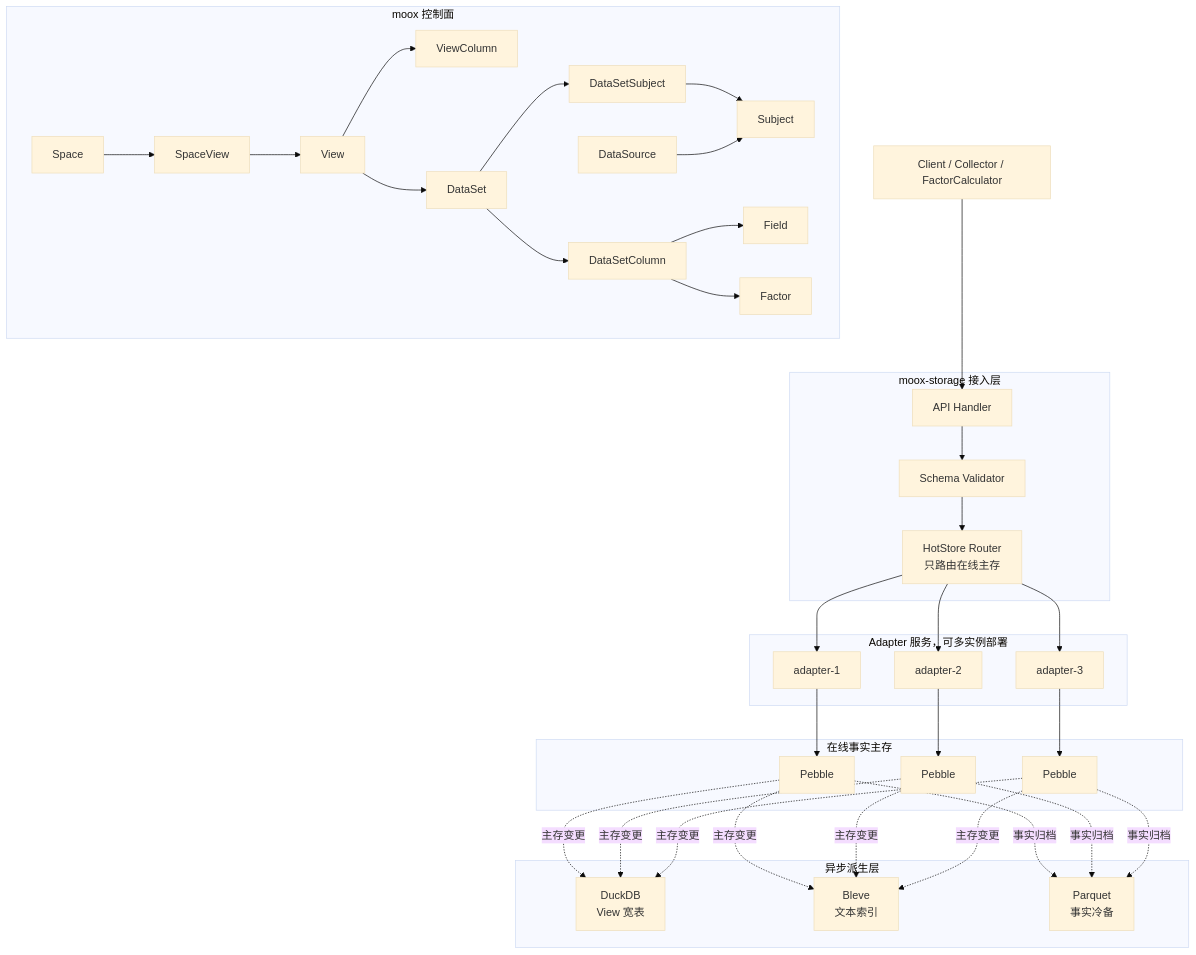
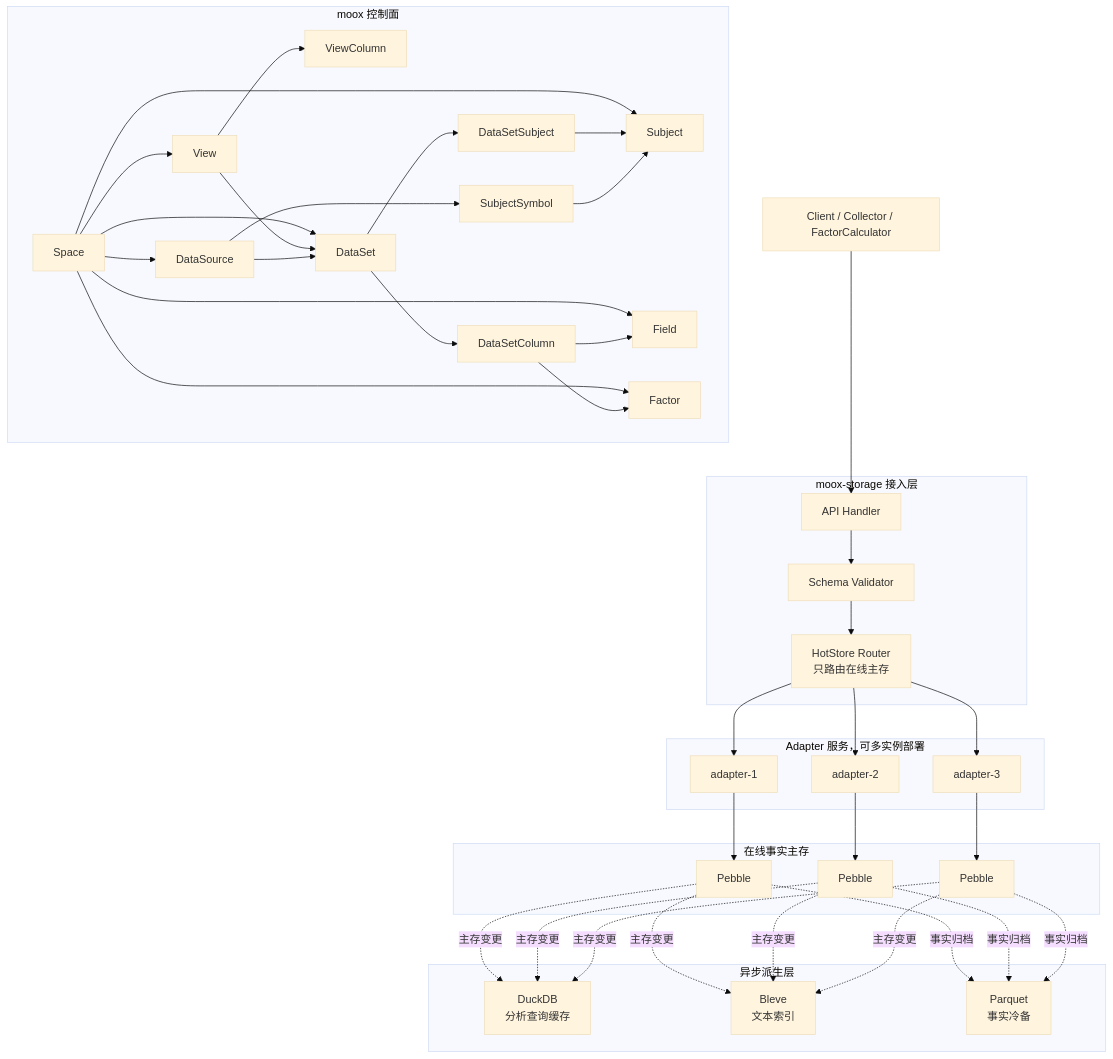
Before and after one commit to mooyang-code/moox: the first of 3 diagrams in docs/storage-target-architecture-and-metadata.md, drawn with Mermaid (base theme). The commit also changed other lines of this file and 33 other files, not shown here.

````diff
--- a/docs/storage-target-architecture-and-metadata.md
+++ b/docs/storage-target-architecture-and-metadata.md
@@ -27,67 +31,73 @@
 ```mermaid
 flowchart TD
     C["Client / Collector / FactorCalculator"]
 
     subgraph Control["moox 控制面"]
         SP["Space"]
-        SV["SpaceView"]
         Vw["View"]
         VC["ViewColumn"]
         DS["DataSet"]
         DSB["DataSetSubject"]
         DC["DataSetColumn"]
         F["Field"]
         FA["Factor"]
         SRC["DataSource"]
         S["Subject"]
+        SA["SubjectSymbol"]
     end
 
     subgraph Access["moox-storage 接入层"]
         API["API Handler"]
         VAL["Schema Validator"]
         R["HotStore Router<br/>只路由在线主存"]
     end
 
     subgraph Adapter["Adapter 服务，可多实例部署"]
         A1["adapter-1"]
         A2["adapter-2"]
         A3["adapter-3"]
     end
 
     subgraph Primary["在线事实主存"]
         P1["Pebble"]
         P2["Pebble"]
         P3["Pebble"]
     end
 
     subgraph Derived["异步派生层"]
-        D["DuckDB<br/>View 宽表"]
+        D["DuckDB<br/>分析查询缓存"]
         B["Bleve<br/>文本索引"]
         P["Parquet<br/>事实冷备"]
     end
 
     C --> API --> VAL --> R
-    SP --> SV --> Vw --> VC
+    SP --> Vw --> VC
+    SP --> SRC
+    SP --> S
+    SP --> DS
+    SP --> F
+    SP --> FA
     Vw --> DS
     DS --> DSB --> S
     DS --> DC
     DC --> F
     DC --> FA
-    SRC --> S
+    SRC --> DS
+    SRC --> SA --> S
 
     R --> A1 --> P1
     R --> A2 --> P2
     R --> A3 --> P3
 
     P1 -. "主存变更" .-> D
     P2 -. "主存变更" .-> D
     P3 -. "主存变更" .-> D
 
     P1 -. "主存变更" .-> B
     P2 -. "主存变更" .-> B
     P3 -. "主存变更" .-> B
 
     P1 -. "事实归档" .-> P
     P2 -. "事实归档" .-> P
     P3 -. "事实归档" .-> P
 ```
````
